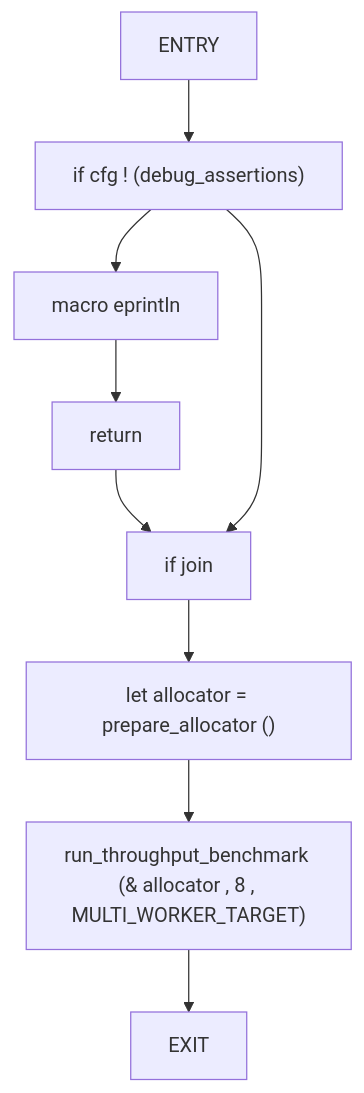
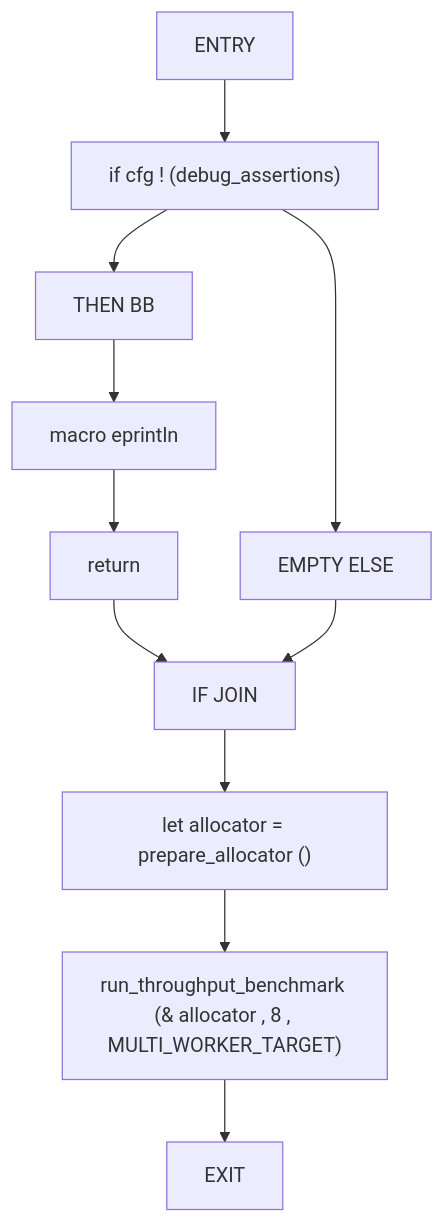
Diagram 18 of 52 in docs/analysis/cfg/100-tests.md (cicero-violate/MMSB), drawn with Mermaid before and after one commit. The commit also changed other lines of this file and 865 other files, not shown here.

````diff
--- a/docs/analysis/cfg/100-tests.md
+++ b/docs/analysis/cfg/100-tests.md
@@ -501,19 +419,23 @@
 ```mermaid
 flowchart TD
     multi_thread_10m_deltas_per_sec_0["ENTRY"]
     multi_thread_10m_deltas_per_sec_1["if cfg ! (debug_assertions)"]
-    multi_thread_10m_deltas_per_sec_2["macro eprintln"]
-    multi_thread_10m_deltas_per_sec_3["return"]
-    multi_thread_10m_deltas_per_sec_4["if join"]
-    multi_thread_10m_deltas_per_sec_5["let allocator = prepare_allocator ()"]
-    multi_thread_10m_deltas_per_sec_6["run_throughput_benchmark (& allocator , 8 , MULTI_WORKER_TARGET)"]
-    multi_thread_10m_deltas_per_sec_7["EXIT"]
+    multi_thread_10m_deltas_per_sec_2["THEN BB"]
+    multi_thread_10m_deltas_per_sec_3["macro eprintln"]
+    multi_thread_10m_deltas_per_sec_4["return"]
+    multi_thread_10m_deltas_per_sec_5["EMPTY ELSE"]
+    multi_thread_10m_deltas_per_sec_6["IF JOIN"]
+    multi_thread_10m_deltas_per_sec_7["let allocator = prepare_allocator ()"]
+    multi_thread_10m_deltas_per_sec_8["run_throughput_benchmark (& allocator , 8 , MULTI_WORKER_TARGET)"]
+    multi_thread_10m_deltas_per_sec_9["EXIT"]
     multi_thread_10m_deltas_per_sec_0 --> multi_thread_10m_deltas_per_sec_1
     multi_thread_10m_deltas_per_sec_1 --> multi_thread_10m_deltas_per_sec_2
     multi_thread_10m_deltas_per_sec_2 --> multi_thread_10m_deltas_per_sec_3
     multi_thread_10m_deltas_per_sec_3 --> multi_thread_10m_deltas_per_sec_4
-    multi_thread_10m_deltas_per_sec_1 --> multi_thread_10m_deltas_per_sec_4
-    multi_thread_10m_deltas_per_sec_4 --> multi_thread_10m_deltas_per_sec_5
+    multi_thread_10m_deltas_per_sec_1 --> multi_thread_10m_deltas_per_sec_5
+    multi_thread_10m_deltas_per_sec_4 --> multi_thread_10m_deltas_per_sec_6
     multi_thread_10m_deltas_per_sec_5 --> multi_thread_10m_deltas_per_sec_6
     multi_thread_10m_deltas_per_sec_6 --> multi_thread_10m_deltas_per_sec_7
+    multi_thread_10m_deltas_per_sec_7 --> multi_thread_10m_deltas_per_sec_8
+    multi_thread_10m_deltas_per_sec_8 --> multi_thread_10m_deltas_per_sec_9
 ```
````
